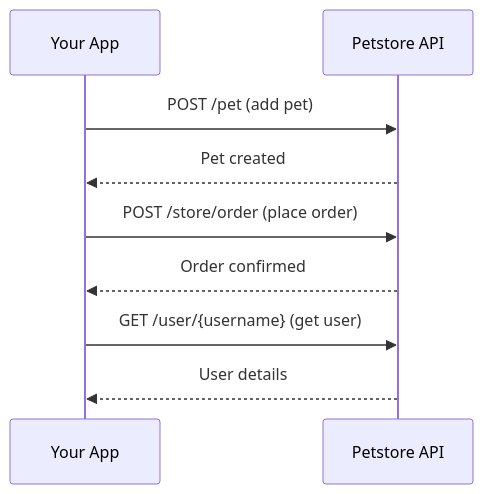
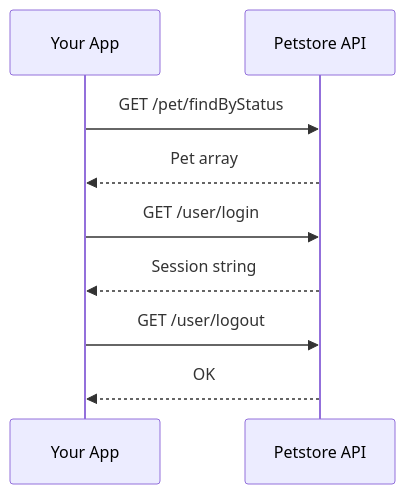
Before and after one commit to matthewrgourd/doc-platform: the diagram in docs/petstore/getting-started/index.md, drawn with Mermaid. The commit also changed other lines of this file and 20 other files, not shown here.

Commit message:
docs: deepen playground OpenAPI + reference-style prose for six demo GETs (Petstore/TfL)

````diff
--- a/docs/petstore/getting-started/index.md
+++ b/docs/petstore/getting-started/index.md
@@ -25,14 +25,14 @@
 ```mermaid
 sequenceDiagram
     participant Your App
     participant Petstore API
 
-    Your App->>Petstore API: POST /pet (add pet)
-    Petstore API-->>Your App: Pet created
+    Your App->>Petstore API: GET /pet/findByStatus
+    Petstore API-->>Your App: Pet array
 
-    Your App->>Petstore API: POST /store/order (place order)
-    Petstore API-->>Your App: Order confirmed
+    Your App->>Petstore API: GET /user/login
+    Petstore API-->>Your App: Session string
 
-    Your App->>Petstore API: GET /user/{username} (get user)
-    Petstore API-->>Your App: User details
+    Your App->>Petstore API: GET /user/logout
+    Petstore API-->>Your App: OK
 ```
````
